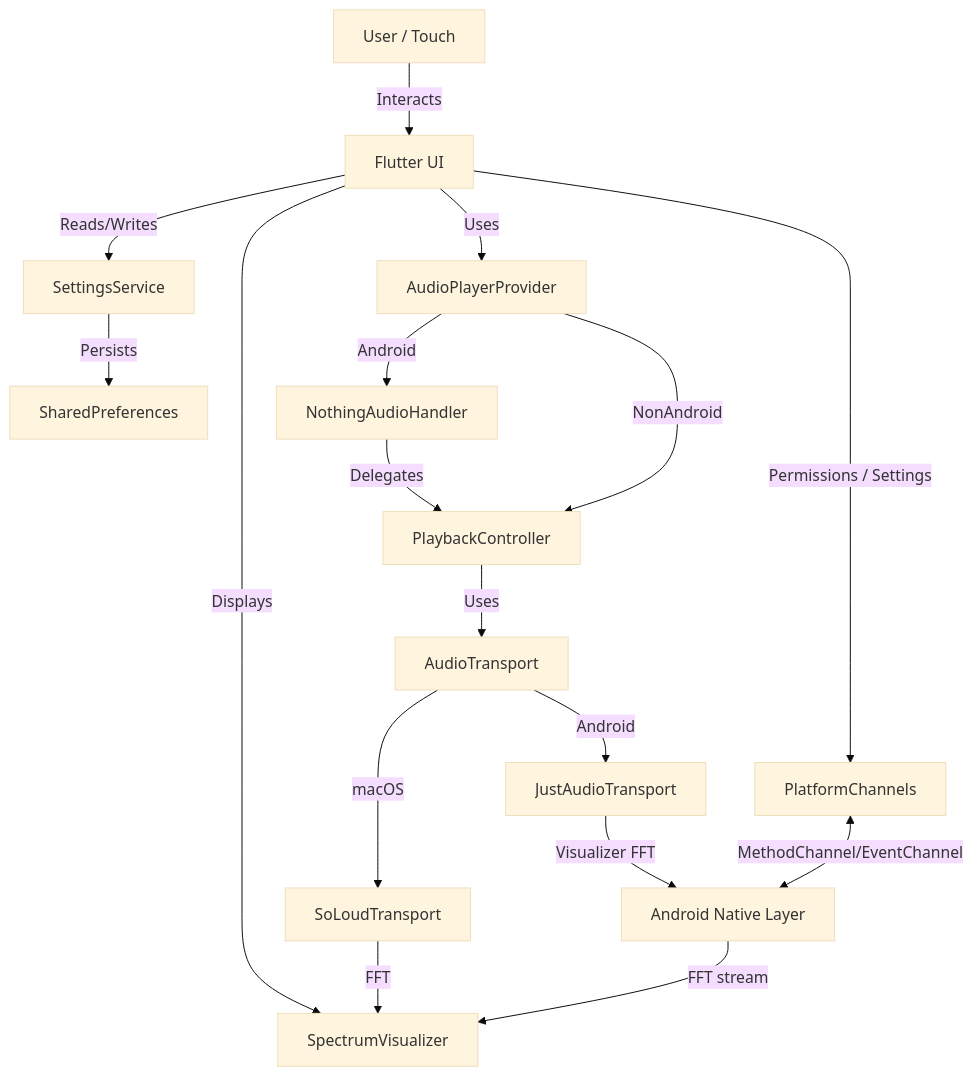
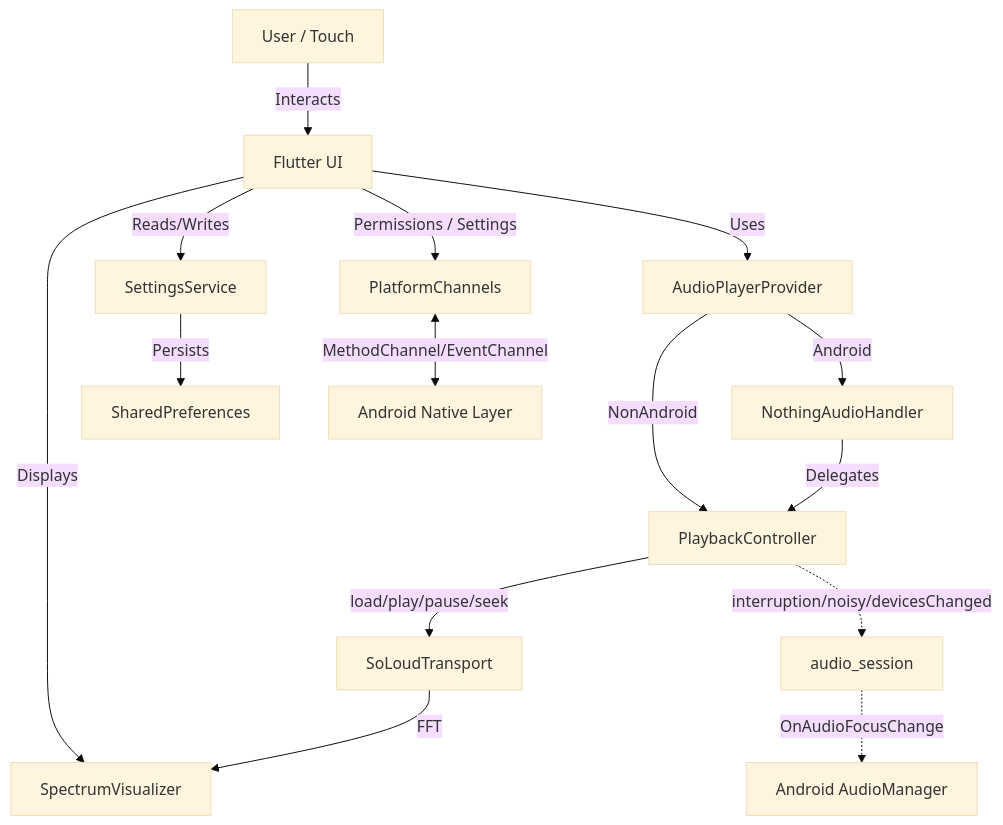
One commit to maxim-saplin/nothingness changed the diagram in docs/architecture/overview.md. Above: the diagram before and after it, drawn with Mermaid (base theme). The commit also changed other lines of this file and 24 other files, not shown here.

````diff
--- a/docs/architecture/overview.md
+++ b/docs/architecture/overview.md
@@ -7,20 +7,18 @@
 ```mermaid
 graph TD
     User[User / Touch] --> |Interacts| UI[Flutter UI]
     UI --> |Reads/Writes| Settings[SettingsService]
     UI --> |Displays| Vis[SpectrumVisualizer]
     UI --> |Uses| Provider[AudioPlayerProvider]
     Provider --> |Android| Handler[NothingAudioHandler]
     Provider --> |NonAndroid| Controller[PlaybackController]
     Handler --> |Delegates| Controller
-    Controller --> |Uses| Transport[AudioTransport]
-    Transport --> |macOS| SoLoud[SoLoudTransport]
-    Transport --> |Android| JA[JustAudioTransport]
+    Controller --> |load/play/pause/seek| Transport[SoLoudTransport]
+    Controller -.->|interruption/noisy/devicesChanged| AS[audio_session]
+    AS -.->|OnAudioFocusChange| OS[Android AudioManager]
     UI --> |Permissions / Settings| PC[PlatformChannels]
 
     Settings --> |Persists| SP[SharedPreferences]
     PC <--> |MethodChannel/EventChannel| Native[Android Native Layer]
-    SoLoud --> |FFT| Vis
-    JA --> |Visualizer FFT| Native
-    Native --> |FFT stream| Vis
+    Transport --> |FFT| Vis
 ```
````
